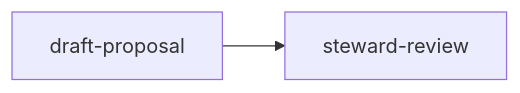
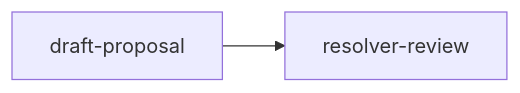
One commit to PHPCraftdream/HotamSpec changed the diagram in internal/generator/testdata/fixture/PIPELINE.md. Above: the diagram before and after it, drawn with Mermaid. The commit also changed other lines of this file and 377 other files, not shown here.

````diff
--- a/internal/generator/testdata/fixture/PIPELINE.md
+++ b/internal/generator/testdata/fixture/PIPELINE.md
@@ -25,6 +25,6 @@
 ```mermaid
 flowchart LR
     SPR_fixture_review_draft_proposal["draft-proposal"]
-    SPR_fixture_review_steward_review["steward-review"]
-    SPR_fixture_review_draft_proposal --> SPR_fixture_review_steward_review
+    SPR_fixture_review_resolver_review["resolver-review"]
+    SPR_fixture_review_draft_proposal --> SPR_fixture_review_resolver_review
 ```
````
